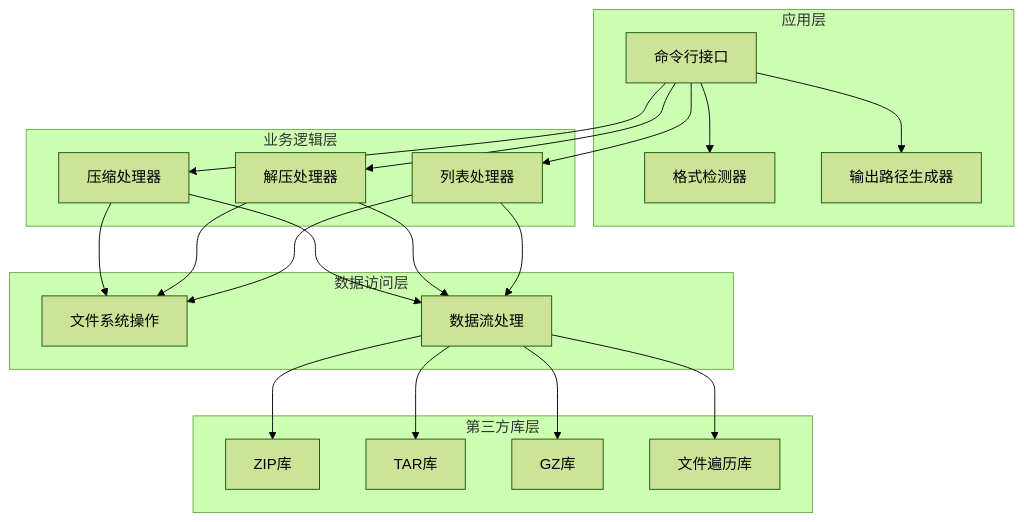
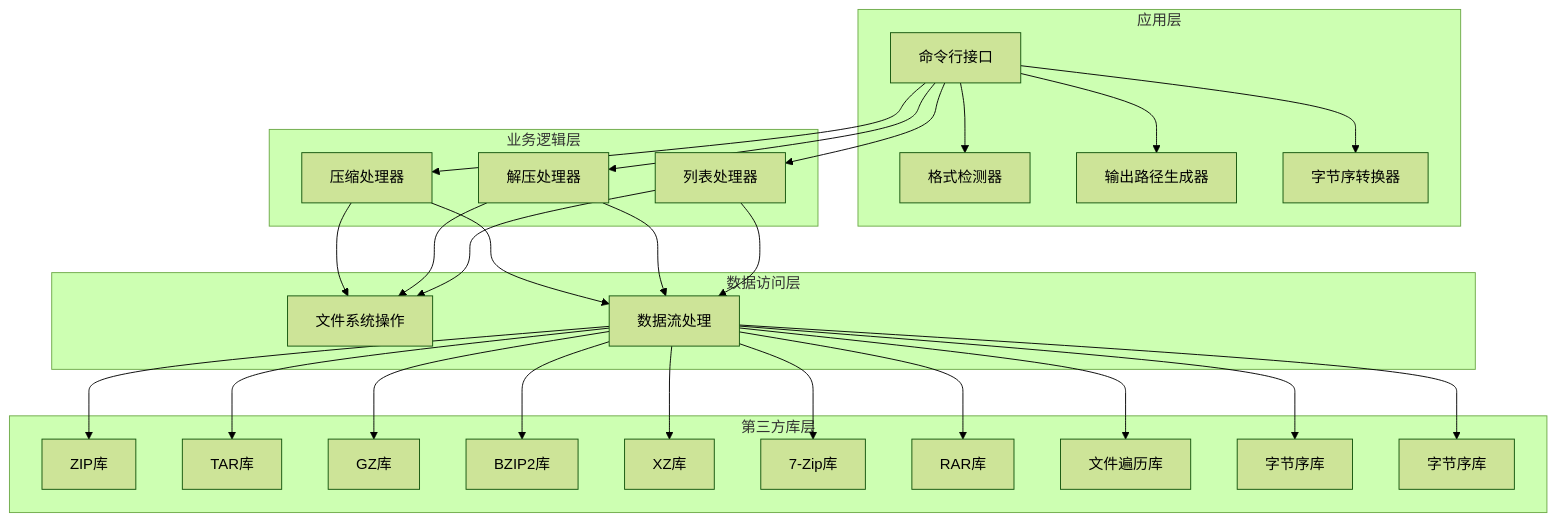
One commit to zhangjiacai-hub/myArchive changed the second of 13 diagrams in .qoder/repowiki/zh/content/核心功能实现/压缩功能实现.md. Above: the diagram before and after it, drawn with Mermaid (forest theme). The commit also changed other lines of this file and 6 other files, not shown here.

````diff
--- a/.qoder/repowiki/zh/content/核心功能实现/压缩功能实现.md
+++ b/.qoder/repowiki/zh/content/核心功能实现/压缩功能实现.md
@@ -108,38 +153,52 @@
 ```mermaid
 graph TD
 subgraph "应用层"
 CLI[命令行接口]
 FORMAT[格式检测器]
 OUTPUT[输出路径生成器]
+ENDIAN[字节序转换器]
 end
 subgraph "业务逻辑层"
 COMPRESS[压缩处理器]
 EXTRACT[解压处理器]
 LIST[列表处理器]
 end
 subgraph "数据访问层"
 FS[文件系统操作]
 STREAM[数据流处理]
 end
 subgraph "第三方库层"
 ZIP_LIB[ZIP库]
 TAR_LIB[TAR库]
 GZ_LIB[GZ库]
+BZ2_LIB[BZIP2库]
+XZ_LIB[XZ库]
+SEVENZ_LIB[7-Zip库]
+RAR_LIB[RAR库]
 WALKDIR[文件遍历库]
+ENDIAN_LIB[字节序库]
+ENDIAN_LIB2[字节序库]
 end
 CLI --> FORMAT
 CLI --> OUTPUT
+CLI --> ENDIAN
 CLI --> COMPRESS
 CLI --> EXTRACT
 CLI --> LIST
 COMPRESS --> FS
 EXTRACT --> FS
 LIST --> FS
 COMPRESS --> STREAM
 EXTRACT --> STREAM
 LIST --> STREAM
 STREAM --> ZIP_LIB
 STREAM --> TAR_LIB
 STREAM --> GZ_LIB
+STREAM --> BZ2_LIB
+STREAM --> XZ_LIB
+STREAM --> SEVENZ_LIB
+STREAM --> RAR_LIB
 STREAM --> WALKDIR
+STREAM --> ENDIAN_LIB
+STREAM --> ENDIAN_LIB2
 ```
````
